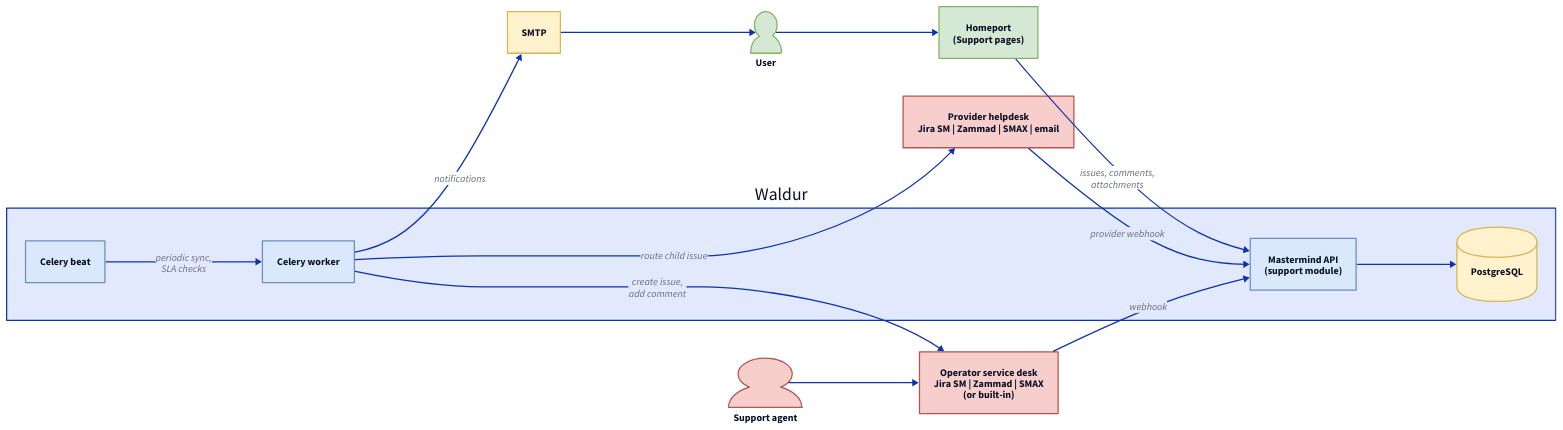
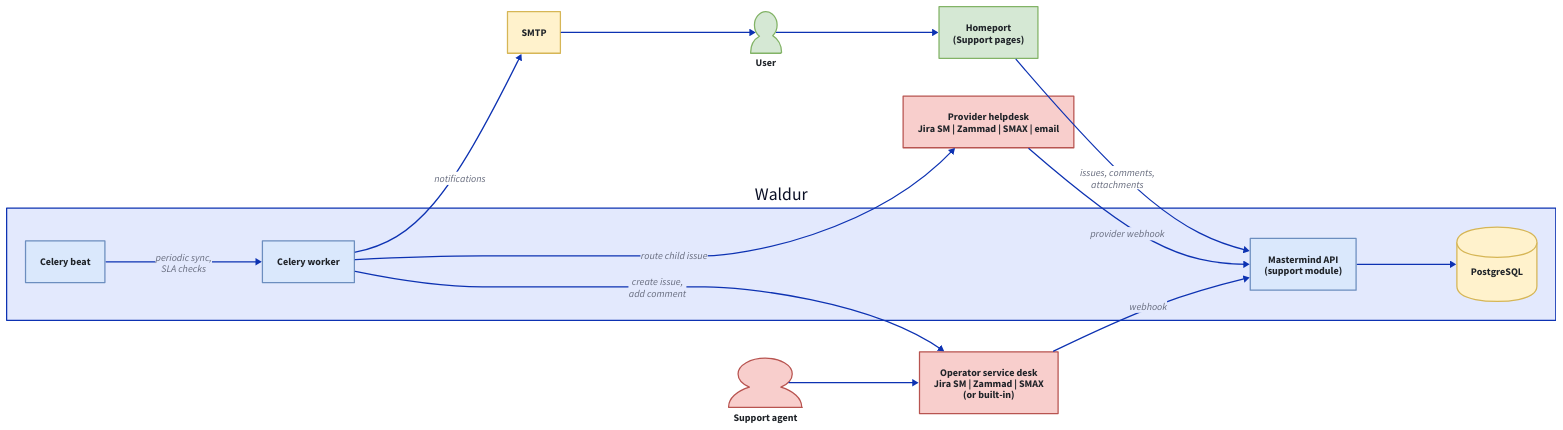
The diagram in docs/integrations/service-desk/service-desk-integrations.md (waldur/waldur-docs), drawn with D2 before and after one commit. The commit also changed 51 other files, not shown here.

Commit message:
Group docs navigation into reader-task tabs, fix dead links and unreadable diagrams [#30] [#31]

````diff
--- a/docs/integrations/service-desk/service-desk-integrations.md
+++ b/docs/integrations/service-desk/service-desk-integrations.md
@@ -24,36 +24,36 @@
 ```d2
 direction: right
 classes: {
-  frontend: { style: { fill: "#d5e8d4"; stroke: "#82b366" } }
-  backend:  { style: { fill: "#dae8fc"; stroke: "#6c8ebf" } }
-  infra:    { style: { fill: "#fff2cc"; stroke: "#d6b656" } }
-  external: { style: { fill: "#f8cecc"; stroke: "#b85450" } }
+  frontend: { style: { fill: "#d5e8d4"; font-color: "#1f2328"; stroke: "#82b366" } }
+  backend:  { style: { fill: "#dae8fc"; font-color: "#1f2328"; stroke: "#6c8ebf" } }
+  infra:    { style: { fill: "#fff2cc"; font-color: "#1f2328"; stroke: "#d6b656" } }
+  external: { style: { fill: "#f8cecc"; font-color: "#1f2328"; stroke: "#b85450" } }
 }
 
 user: User { class: frontend; shape: person }
 homeport: Homeport\n(Support pages) { class: frontend }
 
 waldur: Waldur {
   api: Mastermind API\n(support module) { class: backend }
   worker: Celery worker { class: backend }
   beat: Celery beat { class: backend }
   db: PostgreSQL { class: infra; shape: cylinder }
 }
 
 desk: Operator service desk\nJira SM | Zammad | SMAX\n(or built-in) { class: external }
 agent: Support agent { class: external; shape: person }
 provider: Provider helpdesk\nJira SM | Zammad | SMAX | email { class: external }
 smtp: SMTP { class: infra }
 
 user -> homeport
 homeport -> waldur.api: issues, comments,\nattachments
 waldur.api -> waldur.db
 waldur.beat -> waldur.worker: periodic sync,\nSLA checks
 waldur.worker -> desk: create issue,\nadd comment
 desk -> waldur.api: webhook
 agent -> desk
 waldur.worker -> provider: route child issue
 provider -> waldur.api: provider webhook
 waldur.worker -> smtp: notifications
 smtp -> user
 ```
````
